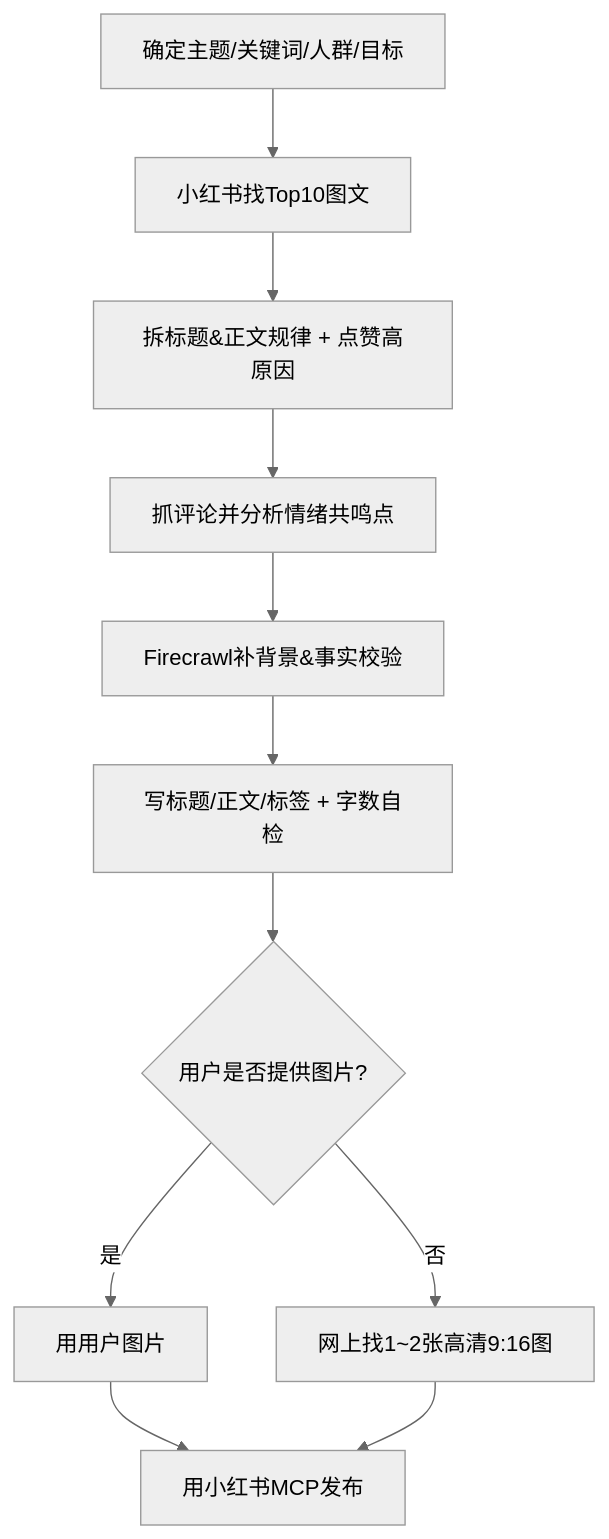
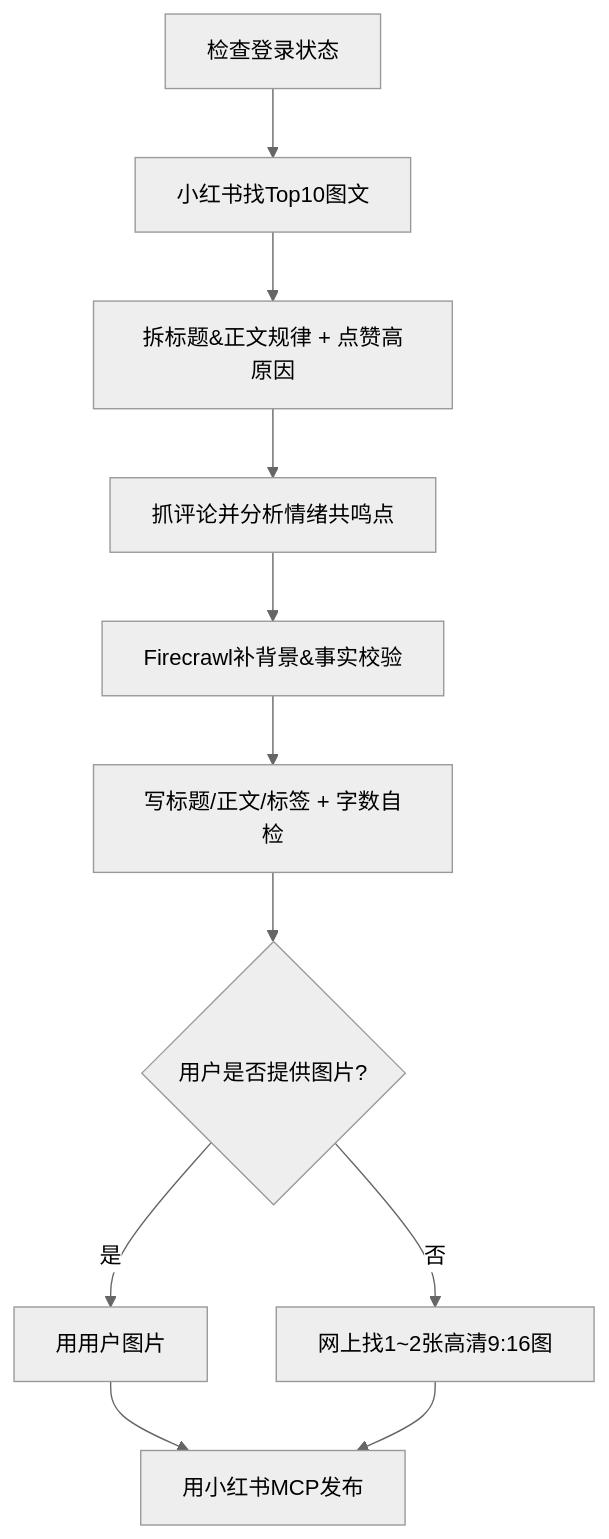
Before and after one commit to adjfks/corner-skills: the diagram in skills/write-xiaohongshu/SKILL.md, drawn with Mermaid (neutral theme). The commit also changed other lines of this file, not shown here.

````diff
--- a/skills/write-xiaohongshu/SKILL.md
+++ b/skills/write-xiaohongshu/SKILL.md
@@ -44,13 +44,13 @@
 ```mermaid
 flowchart TD
-  A[确定主题/关键词/人群/目标] --> B[小红书找Top10图文]
+  A[检查登录状态] --> B[小红书找Top10图文]
   B --> C[拆标题&正文规律 + 点赞高原因]
   C --> D[抓评论并分析情绪共鸣点]
   D --> E[Firecrawl补背景&事实校验]
   E --> F[写标题/正文/标签 + 字数自检]
   F --> G{用户是否提供图片?}
   G -- 是 --> H[用用户图片]
   G -- 否 --> I[网上找1~2张高清9:16图]
   H --> J[用小红书MCP发布]
   I --> J
 ```
````
